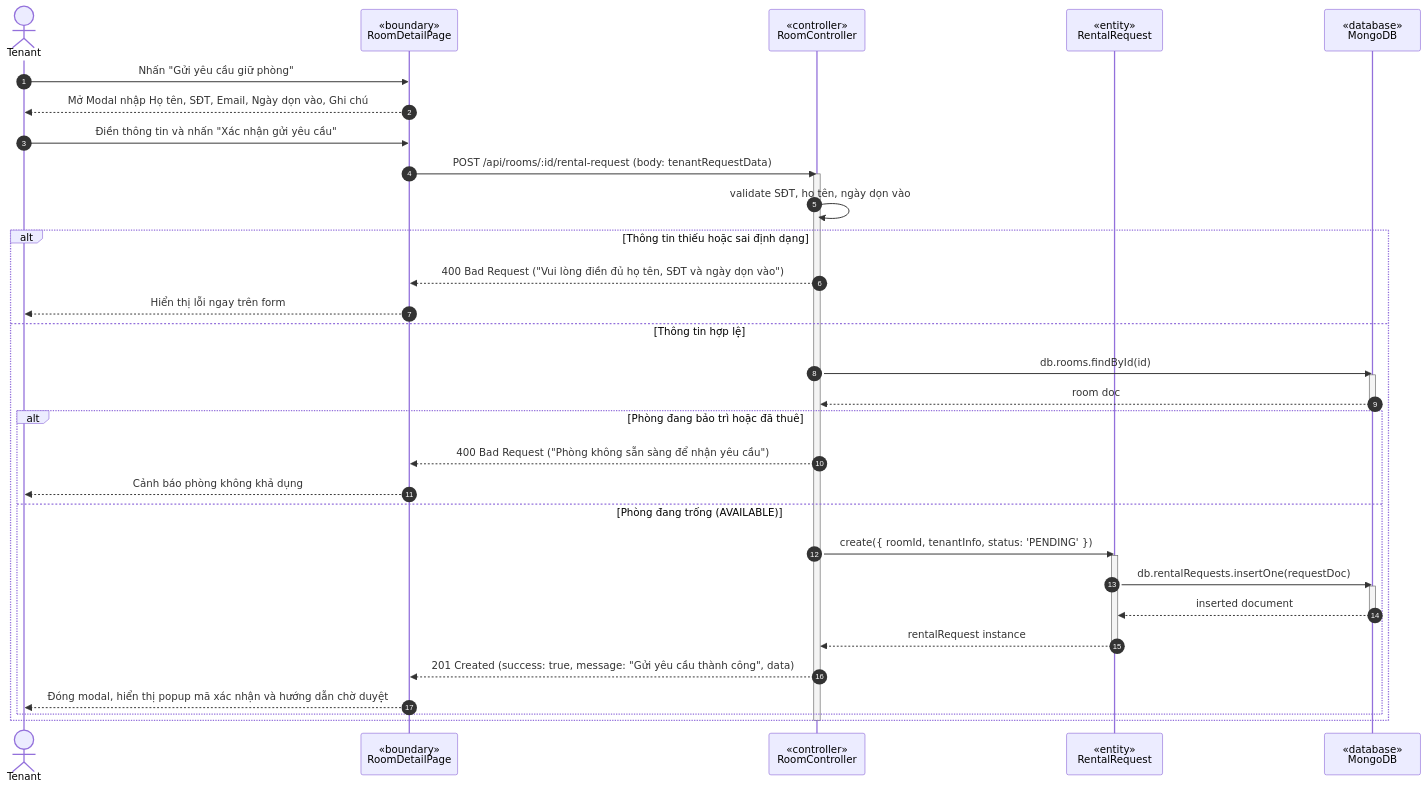
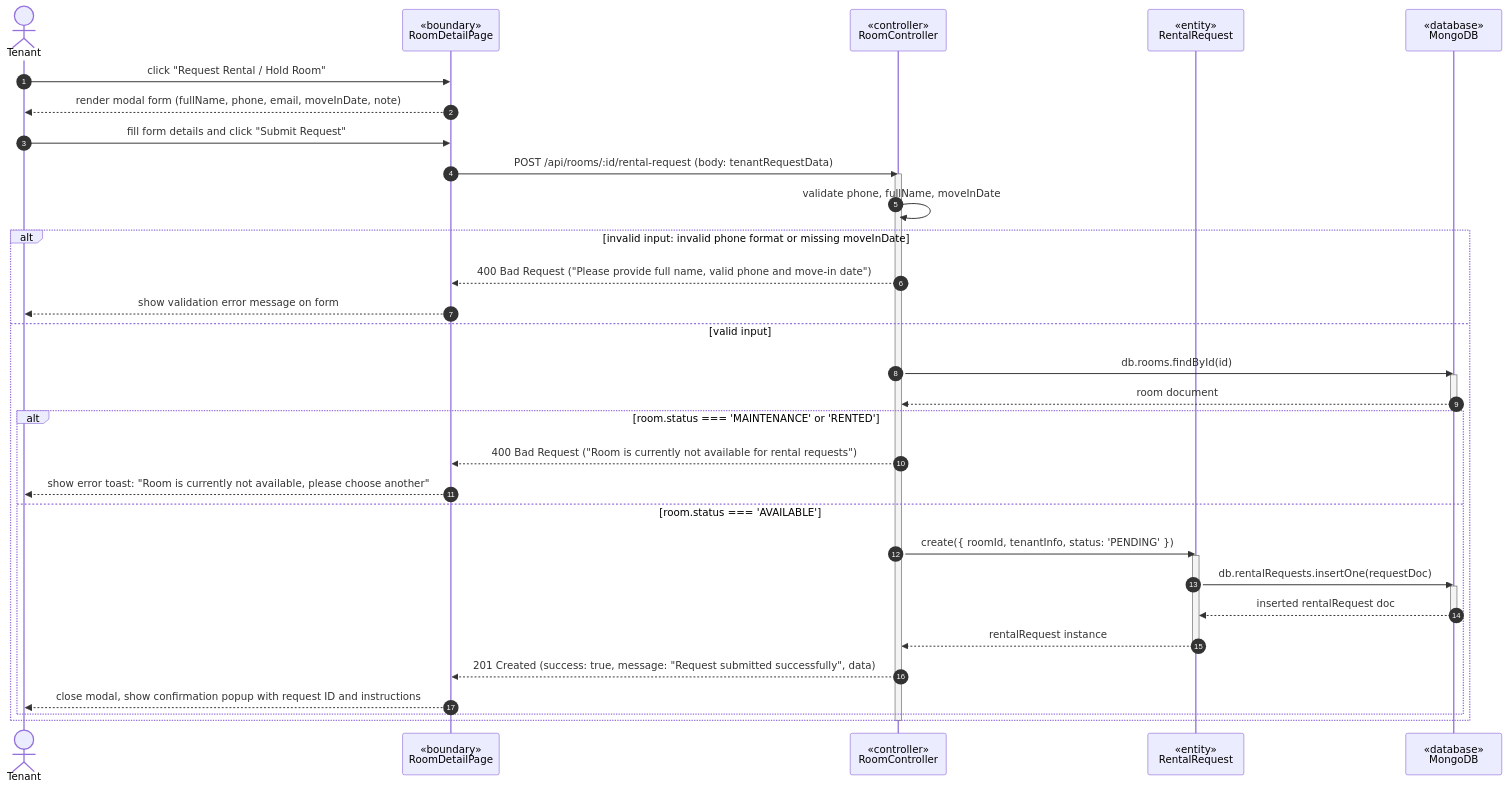
The sixth of 6 diagrams in docs/UML_ROOM_MODULE_QUANG.md (WanFJava/MotalManagementSystems), drawn with Mermaid before and after one commit. The commit also changed other lines of this file and 5 other files, not shown here.

Commit message:
docs(uml): translate all Class and Sequence Diagrams to 100% English

````diff
--- a/docs/UML_ROOM_MODULE_QUANG.md
+++ b/docs/UML_ROOM_MODULE_QUANG.md
@@ -356,41 +358,41 @@
 ```mermaid
 sequenceDiagram
     autonumber
     actor T as Tenant
     participant UI as «boundary»<br>RoomDetailPage
     participant C as «controller»<br>RoomController
     participant REQ as «entity»<br>RentalRequest
     participant DB as «database»<br>MongoDB
 
-    T->>UI: Nhấn "Gửi yêu cầu giữ phòng"
-    UI-->>T: Mở Modal nhập Họ tên, SĐT, Email, Ngày dọn vào, Ghi chú
-    T->>UI: Điền thông tin và nhấn "Xác nhận gửi yêu cầu"
+    T->>UI: click "Request Rental / Hold Room"
+    UI-->>T: render modal form (fullName, phone, email, moveInDate, note)
+    T->>UI: fill form details and click "Submit Request"
     UI->>C: POST /api/rooms/:id/rental-request (body: tenantRequestData)
     activate C
-    C->>C: validate SĐT, họ tên, ngày dọn vào
-    alt Thông tin thiếu hoặc sai định dạng
-        C-->>UI: 400 Bad Request ("Vui lòng điền đủ họ tên, SĐT và ngày dọn vào")
-        UI-->>T: Hiển thị lỗi ngay trên form
-    else Thông tin hợp lệ
+    C->>C: validate phone, fullName, moveInDate
+    alt invalid input: invalid phone format or missing moveInDate
+        C-->>UI: 400 Bad Request ("Please provide full name, valid phone and move-in date")
+        UI-->>T: show validation error message on form
+    else valid input
         C->>DB: db.rooms.findById(id)
         activate DB
-        DB-->>C: room doc
+        DB-->>C: room document
         deactivate DB
-        alt Phòng đang bảo trì hoặc đã thuê
-            C-->>UI: 400 Bad Request ("Phòng không sẵn sàng để nhận yêu cầu")
-            UI-->>T: Cảnh báo phòng không khả dụng
-        else Phòng đang trống (AVAILABLE)
+        alt room.status === 'MAINTENANCE' or 'RENTED'
+            C-->>UI: 400 Bad Request ("Room is currently not available for rental requests")
+            UI-->>T: show error toast: "Room is currently not available, please choose another"
+        else room.status === 'AVAILABLE'
             C->>REQ: create({ roomId, tenantInfo, status: 'PENDING' })
             activate REQ
             REQ->>DB: db.rentalRequests.insertOne(requestDoc)
             activate DB
-            DB-->>REQ: inserted document
+            DB-->>REQ: inserted rentalRequest doc
             deactivate DB
             REQ-->>C: rentalRequest instance
             deactivate REQ
-            C-->>UI: 201 Created (success: true, message: "Gửi yêu cầu thành công", data)
-            UI-->>T: Đóng modal, hiển thị popup mã xác nhận và hướng dẫn chờ duyệt
+            C-->>UI: 201 Created (success: true, message: "Request submitted successfully", data)
+            UI-->>T: close modal, show confirmation popup with request ID and instructions
         end
     end
     deactivate C
 ```
````
